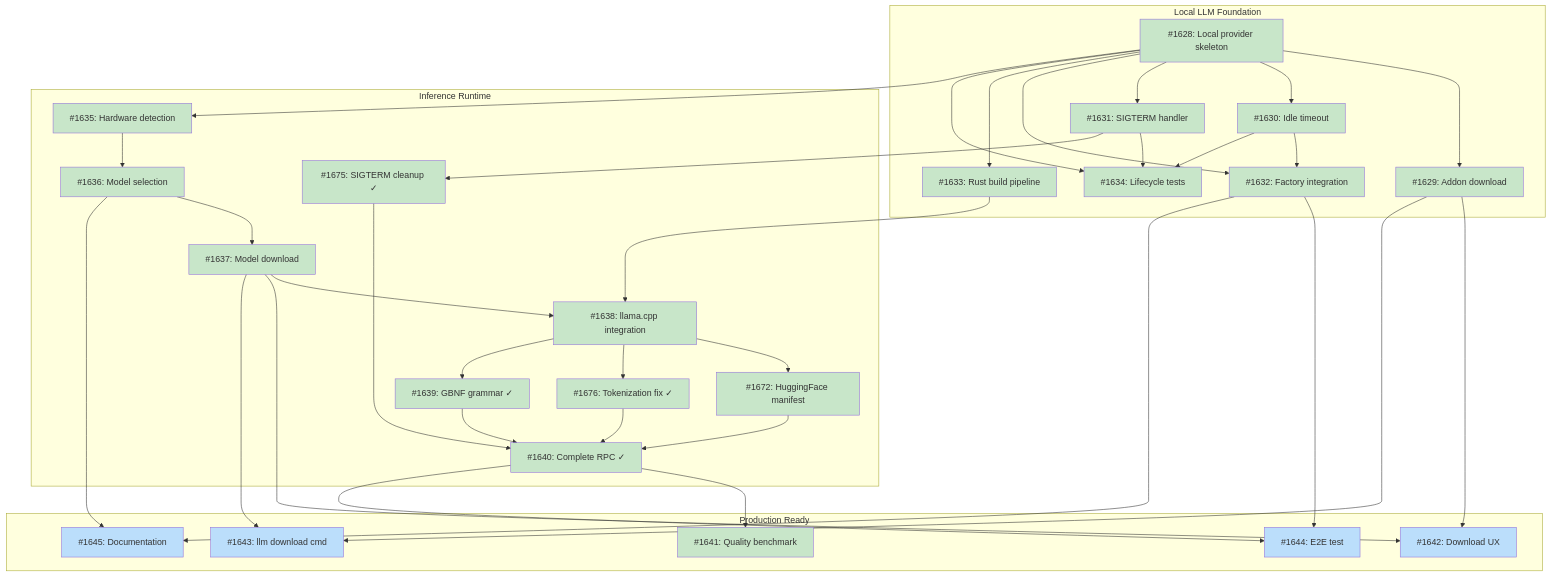
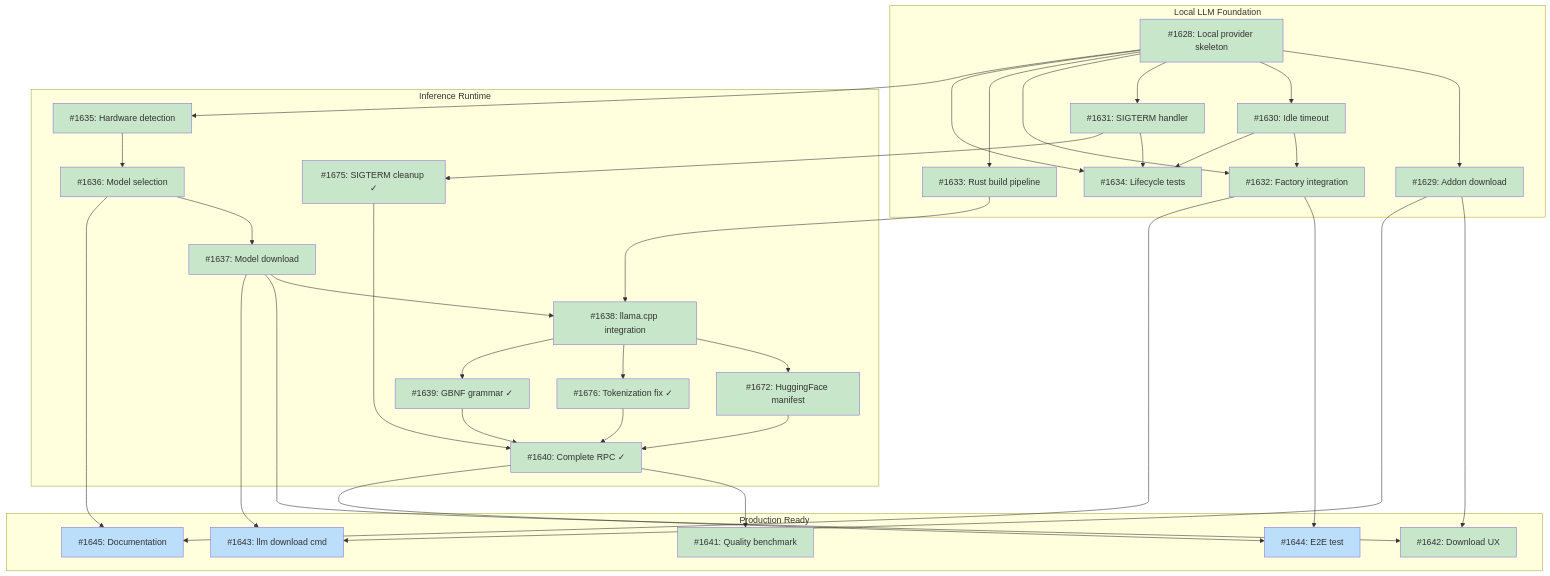
The diagram in docs/designs/DESIGN-local-llm-runtime.md (tsukumogami/tsuku), drawn with Mermaid before and after one commit. The commit also changed other lines of this file and 8 other files, not shown here.

````diff
--- a/docs/designs/DESIGN-local-llm-runtime.md
+++ b/docs/designs/DESIGN-local-llm-runtime.md
@@ -80,72 +80,72 @@
 ```mermaid
 graph TD
     subgraph M1["Local LLM Foundation"]
         I1628["#1628: Local provider skeleton"]
         I1629["#1629: Addon download"]
         I1630["#1630: Idle timeout"]
         I1631["#1631: SIGTERM handler"]
         I1632["#1632: Factory integration"]
         I1633["#1633: Rust build pipeline"]
         I1634["#1634: Lifecycle tests"]
     end
 
     subgraph M2["Inference Runtime"]
         I1635["#1635: Hardware detection"]
         I1636["#1636: Model selection"]
         I1637["#1637: Model download"]
         I1638["#1638: llama.cpp integration"]
         I1672["#1672: HuggingFace manifest"]
         I1675["#1675: SIGTERM cleanup ✓"]
         I1676["#1676: Tokenization fix ✓"]
         I1639["#1639: GBNF grammar ✓"]
         I1640["#1640: Complete RPC ✓"]
     end
 
     subgraph M3["Production Ready"]
         I1641["#1641: Quality benchmark"]
         I1642["#1642: Download UX"]
         I1643["#1643: llm download cmd"]
         I1644["#1644: E2E test"]
         I1645["#1645: Documentation"]
     end
 
     I1628 --> I1629
     I1628 --> I1630
     I1628 --> I1631
     I1628 --> I1632
     I1630 --> I1632
     I1628 --> I1633
     I1628 --> I1634
     I1630 --> I1634
     I1631 --> I1634
     I1628 --> I1635
     I1635 --> I1636
     I1636 --> I1637
     I1633 --> I1638
     I1637 --> I1638
     I1638 --> I1672
     I1631 --> I1675
     I1638 --> I1676
     I1638 --> I1639
     I1672 --> I1640
     I1675 --> I1640
     I1676 --> I1640
     I1639 --> I1640
     I1640 --> I1641
     I1629 --> I1642
     I1637 --> I1642
     I1629 --> I1643
     I1637 --> I1643
     I1640 --> I1644
     I1632 --> I1644
     I1632 --> I1645
     I1636 --> I1645
 
     classDef done fill:#c8e6c9
     classDef ready fill:#bbdefb
     classDef blocked fill:#fff9c4
     classDef needsDesign fill:#e1bee7
 
-    class I1628,I1629,I1630,I1631,I1632,I1633,I1634,I1635,I1636,I1637,I1638,I1672,I1675,I1676,I1639,I1640,I1641 done
-    class I1642,I1643,I1644,I1645 ready
+    class I1628,I1629,I1630,I1631,I1632,I1633,I1634,I1635,I1636,I1637,I1638,I1672,I1675,I1676,I1639,I1640,I1641,I1642 done
+    class I1643,I1644,I1645 ready
 ```
````
